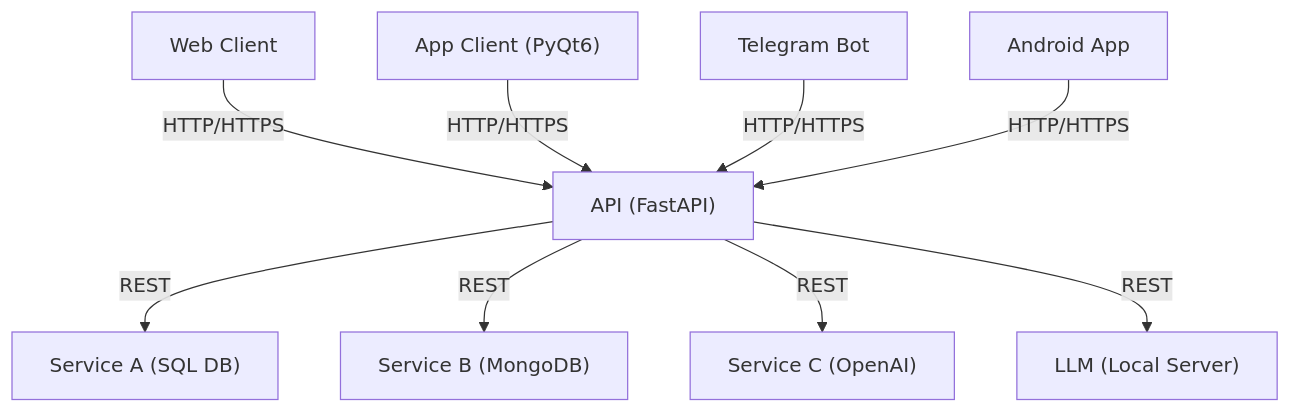
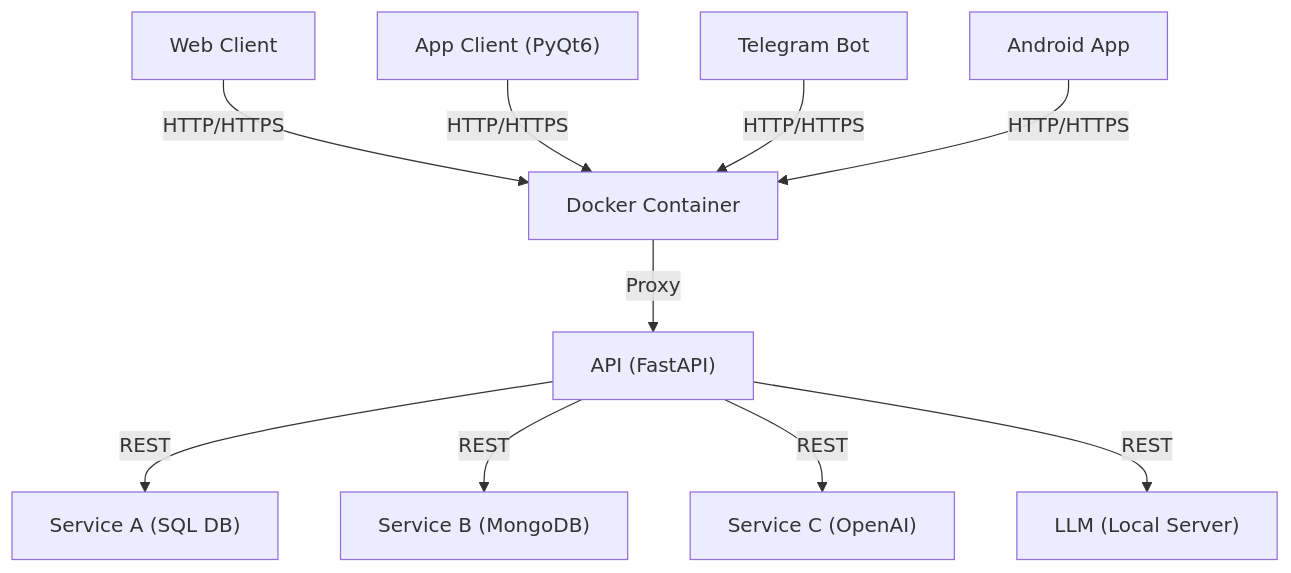
Before and after one commit to musicnova/KIA-chatGPT: the second of 2 diagrams in docs/README.md, drawn with Mermaid.

````diff
--- a/docs/README.md
+++ b/docs/README.md
@@ -17,12 +17,14 @@
 ```mermaid
 graph TD
-    WebClient["Web Client"] -->|HTTP/HTTPS| API["API (FastAPI)"]
-    AppClient["App Client (PyQt6)"] -->|HTTP/HTTPS| API
-    TgBot["Telegram Bot"] -->|HTTP/HTTPS| API
-    AndroidClient["Android App "] -->|HTTP/HTTPS| API
-    
+    WebClient["Web Client"] -->|HTTP/HTTPS| Docker
+    AppClient["App Client (PyQt6)"] -->|HTTP/HTTPS| Docker
+    TgBot["Telegram Bot"] -->|HTTP/HTTPS| Docker
+    AndroidClient["Android App "] -->|HTTP/HTTPS| Docker
+
+    Docker["Docker Container"] -->|Proxy| API["API (FastAPI)"]
+
     API -->|REST| SQLService["Service A (SQL DB)"]
     API -->|REST| MongoService["Service B (MongoDB)"]
     API -->|REST| OpenAIService["Service C (OpenAI)"]
     API -->|REST| LocalLLM["LLM (Local Server)"]
 ```
````
